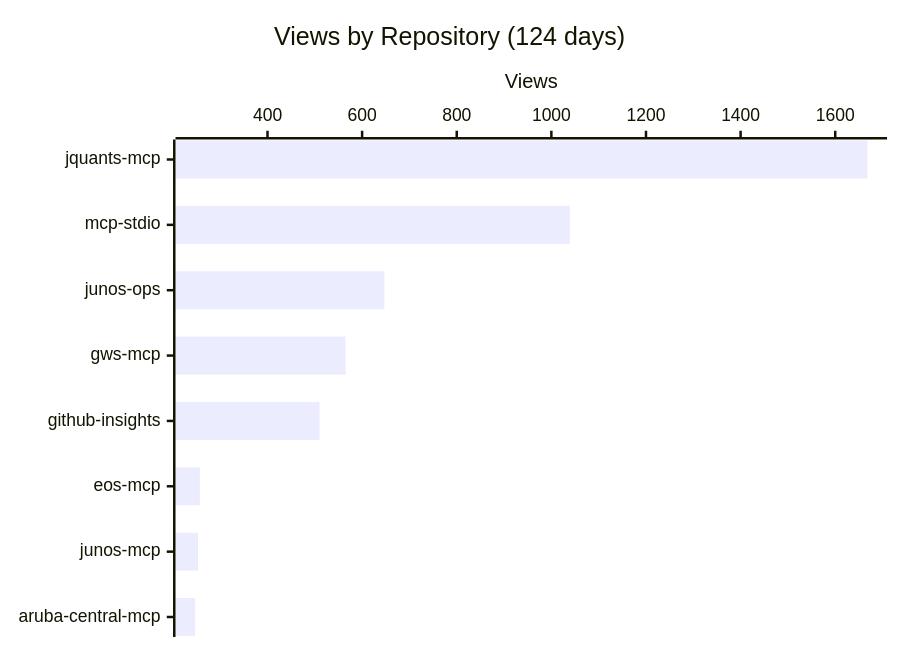
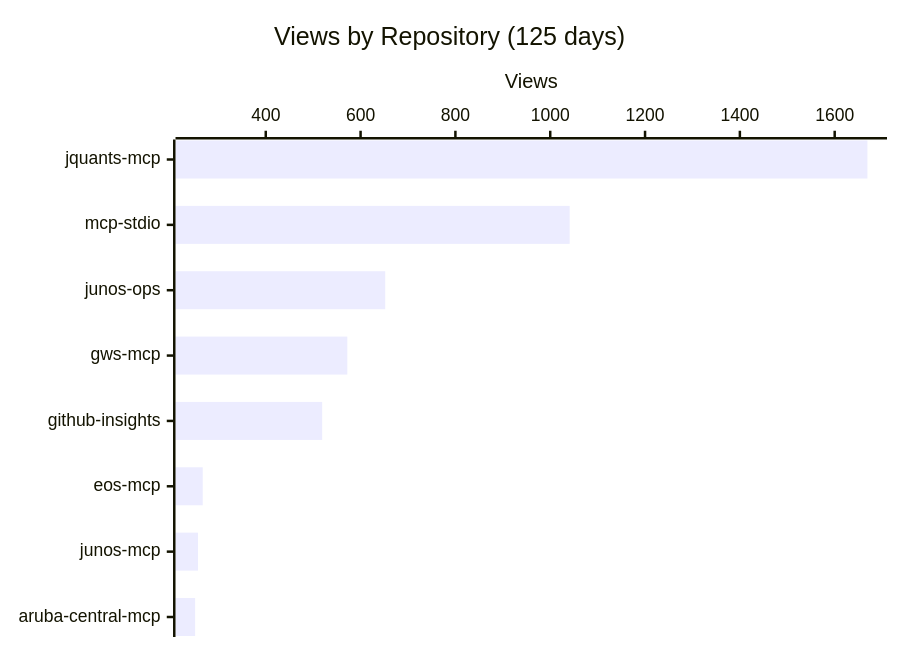
One commit to shigechika/github-insights changed the first of 4 diagrams in README.md. Above: the diagram before and after it, drawn with Mermaid. The commit also changed other lines of this file and 2 other files, not shown here.

````diff
--- a/README.md
+++ b/README.md
@@ -18,7 +18,7 @@
 ```mermaid
 xychart-beta horizontal
-    title "Views by Repository (124 days)"
+    title "Views by Repository (125 days)"
     x-axis ["jquants-mcp", "mcp-stdio", "junos-ops", "gws-mcp", "github-insights", "eos-mcp", "junos-mcp", "aruba-central-mcp"]
     y-axis "Views"
-    bar [1668, 1039, 647, 565, 510, 257, 253, 247]
+    bar [1669, 1041, 652, 572, 519, 267, 257, 251]
 ```
````
